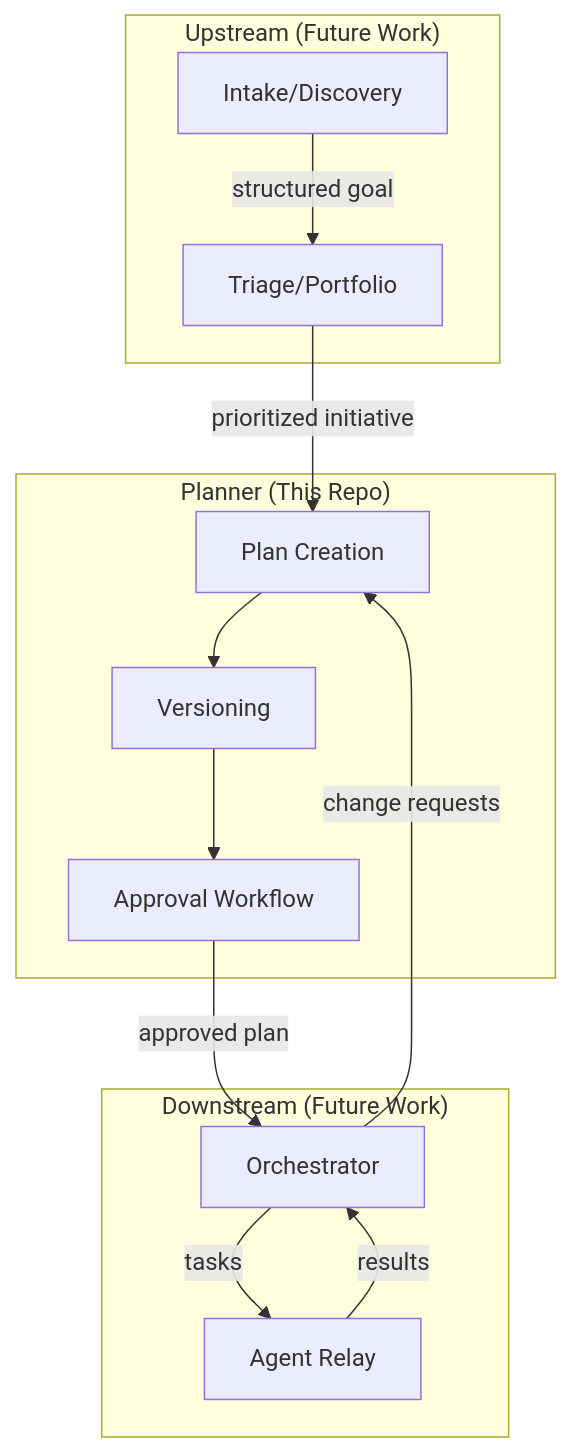
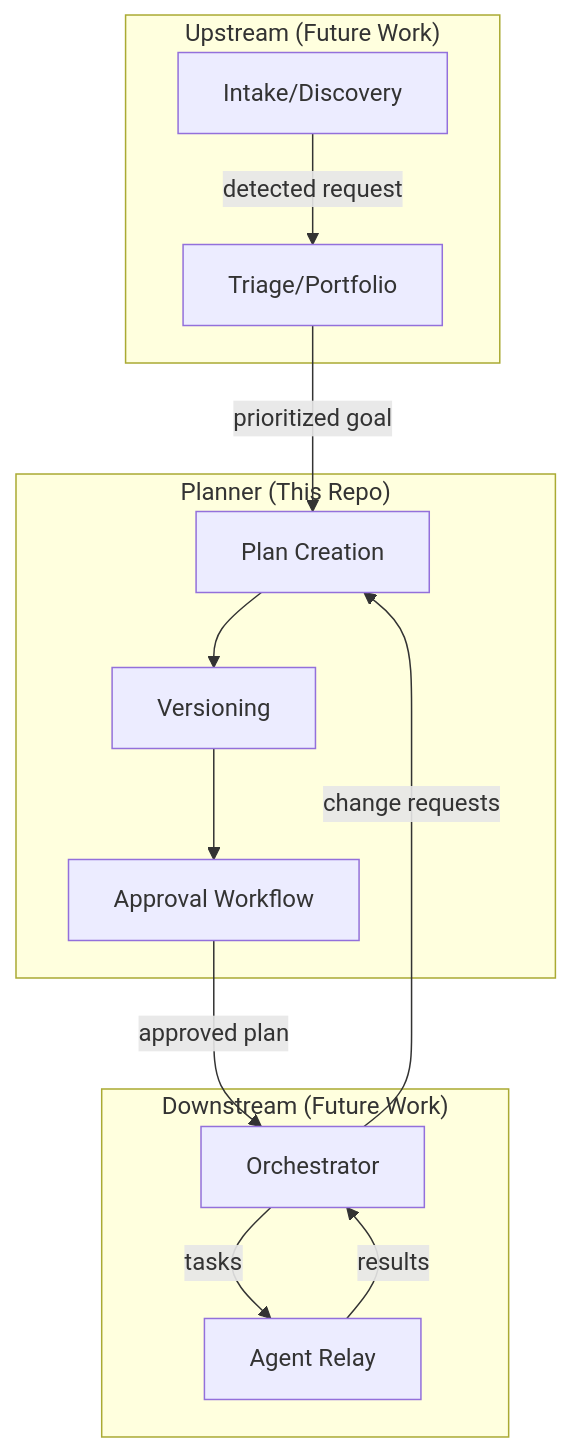
Before and after one commit to AgentWorkforce/planner: the first of 2 diagrams in docs/github-issue-planner-vision.md, drawn with Mermaid. The commit also changed other lines of this file and 2 other files, not shown here.

First line of the commit message:
Add architecture overview and refine vision documents

````diff
--- a/docs/github-issue-planner-vision.md
+++ b/docs/github-issue-planner-vision.md
@@ -38,27 +38,27 @@
 ```mermaid
 flowchart TB
     subgraph Upstream ["Upstream (Future Work)"]
         I[Intake/Discovery]
         P[Triage/Portfolio]
     end
 
     subgraph Core ["Planner (This Repo)"]
         PL[Plan Creation]
         V[Versioning]
         A[Approval Workflow]
     end
 
     subgraph Downstream ["Downstream (Future Work)"]
         O[Orchestrator]
         R[Agent Relay]
     end
 
-    I -->|structured goal| P
-    P -->|prioritized initiative| PL
+    I -->|detected request| P
+    P -->|prioritized goal| PL
     PL --> V
     V --> A
     A -->|approved plan| O
     O -->|tasks| R
     R -->|results| O
     O -->|change requests| PL
 ```
````
